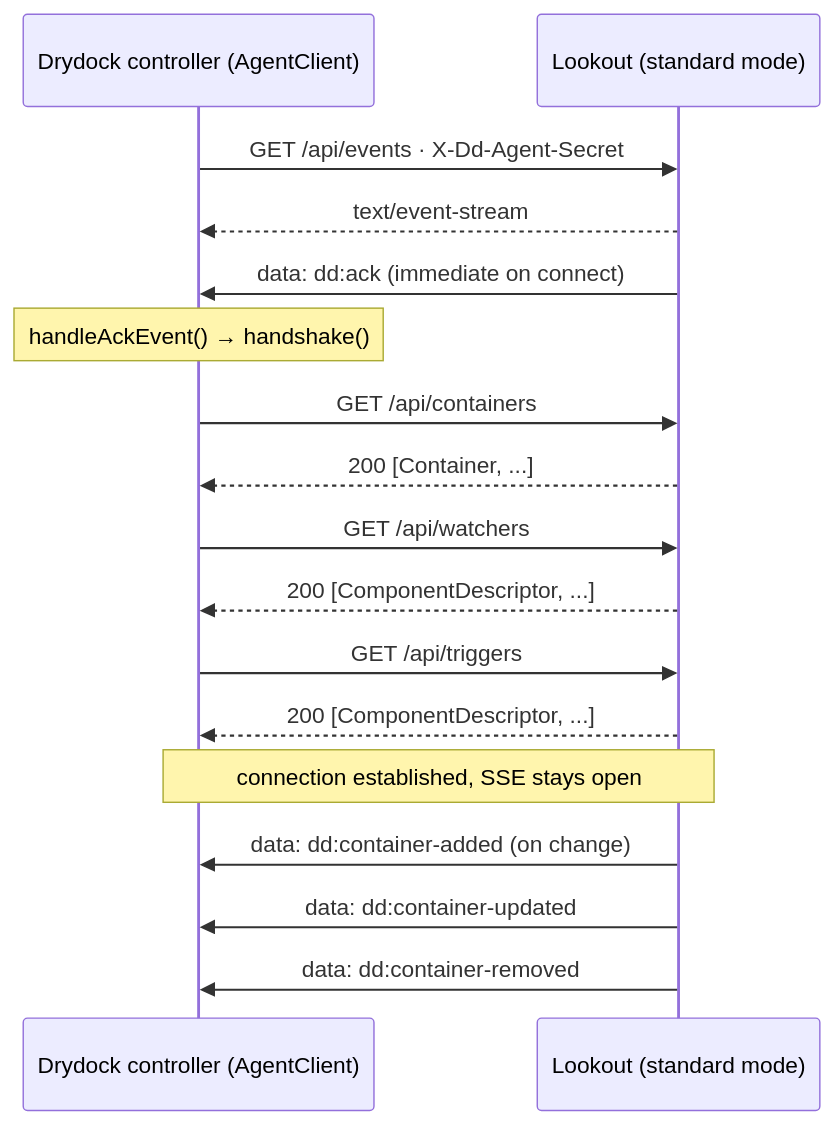
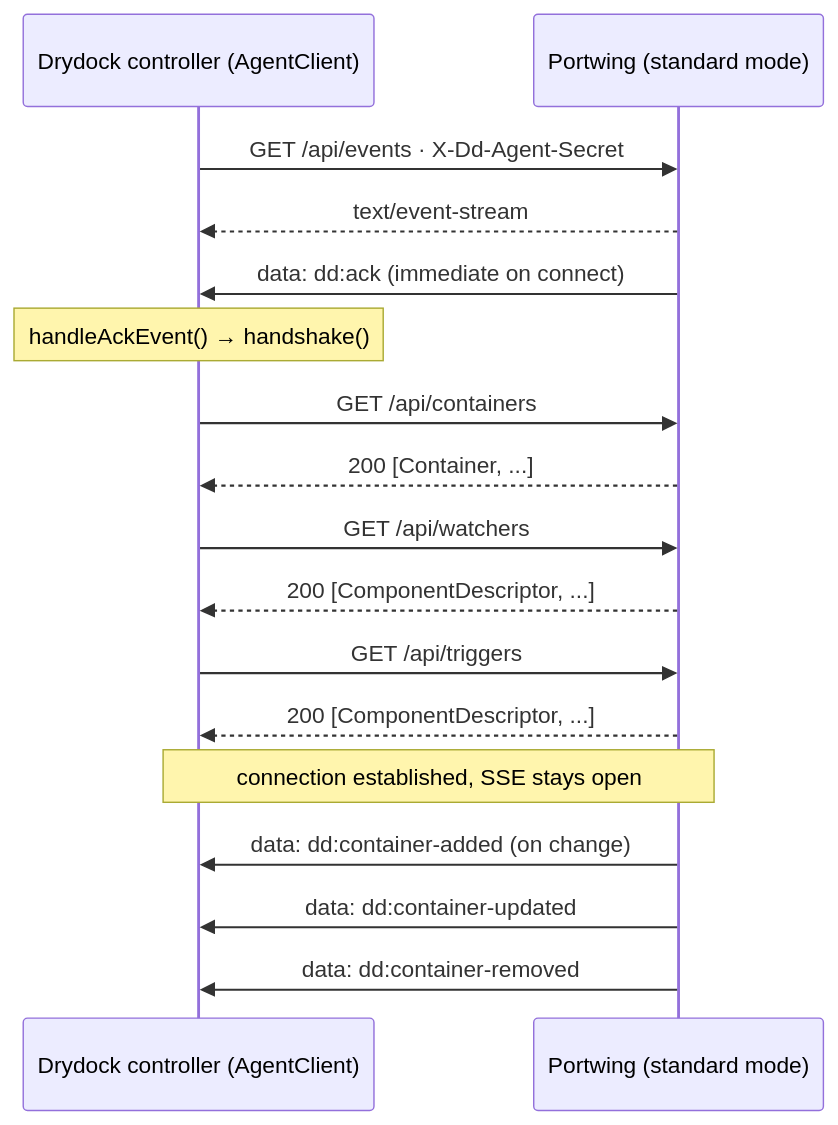
One commit to CodesWhat/portwing changed the second of 3 diagrams in docs/drydock-integration.md. Above: the diagram before and after it, drawn with Mermaid. The commit also changed other lines of this file and 125 other files, not shown here.

````diff
--- a/docs/drydock-integration.md
+++ b/docs/drydock-integration.md
@@ -41,19 +41,19 @@
 ```mermaid
 sequenceDiagram
     participant D as Drydock controller (AgentClient)
-    participant L as Lookout (standard mode)
+    participant L as Portwing (standard mode)
     D->>L: GET /api/events · X-Dd-Agent-Secret
     L-->>D: text/event-stream
     L->>D: data: dd:ack (immediate on connect)
     Note over D: handleAckEvent() → handshake()
     D->>L: GET /api/containers
     L-->>D: 200 [Container, ...]
     D->>L: GET /api/watchers
     L-->>D: 200 [ComponentDescriptor, ...]
     D->>L: GET /api/triggers
     L-->>D: 200 [ComponentDescriptor, ...]
     Note over D,L: connection established, SSE stays open
     L->>D: data: dd:container-added (on change)
     L->>D: data: dd:container-updated
     L->>D: data: dd:container-removed
 ```
````
